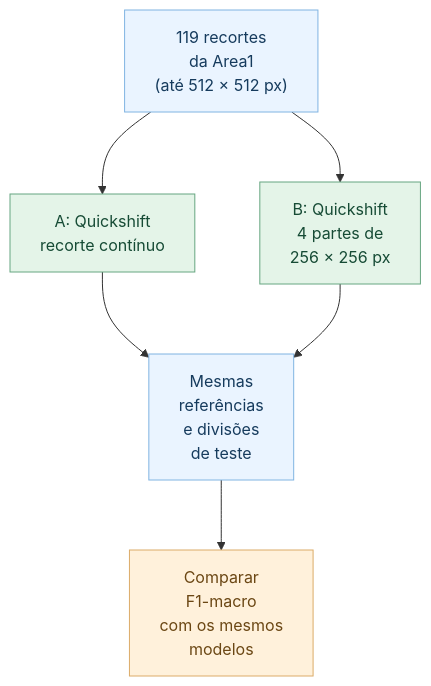
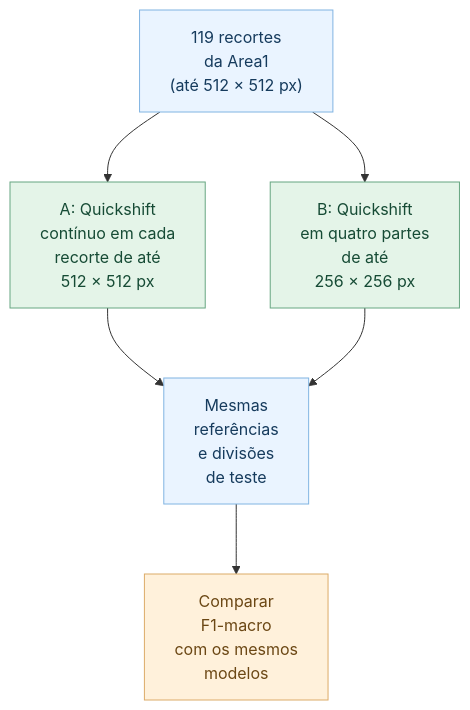
One commit to BrenoBragaGalvao/mestrado-arvores-urbanas changed the third of 5 diagrams in README.md. Above: the diagram before and after it, drawn with Mermaid. The commit also changed other lines of this file, not shown here.

Commit message:
docs(readme): clarify E9 Mermaid nodes are 512px recuts, not original global Quickshift

````diff
--- a/README.md
+++ b/README.md
@@ -276,16 +276,16 @@
 ```mermaid
 %%{init: {"flowchart": {"nodeSpacing": 65, "rankSpacing": 70, "htmlLabels": false}, "themeVariables": {"fontFamily": "Arial, sans-serif", "fontSize": "16px"}}}%%
 flowchart TD
-    A["119 recortes<br/>da Area1<br/>(até 512 × 512 px)"] --> B["A: Quickshift<br/>recorte contínuo"]
-    A --> C["B: Quickshift<br/>4 partes de<br/>256 × 256 px"]
+    A["119 recortes<br/>da Area1<br/>(até 512 × 512 px)"] --> B["A: Quickshift<br/>contínuo em cada<br/>recorte de até<br/>512 × 512 px"]
+    A --> C["B: Quickshift<br/>em quatro partes<br/>de até<br/>256 × 256 px"]
     B --> D["Mesmas<br/>referências<br/>e divisões<br/>de teste"]
     C --> D
     D --> E["Comparar<br/>F1-macro<br/>com os mesmos<br/>modelos"]
 
     classDef dados fill:#eaf4ff,stroke:#80b4e2,color:#163b5d;
     classDef metodo fill:#e4f4e8,stroke:#67a681,color:#164b35;
     classDef resultado fill:#fff1db,stroke:#dcab68,color:#6b4714;
     class A,D dados;
     class B,C metodo;
     class E resultado;
 ```
````
